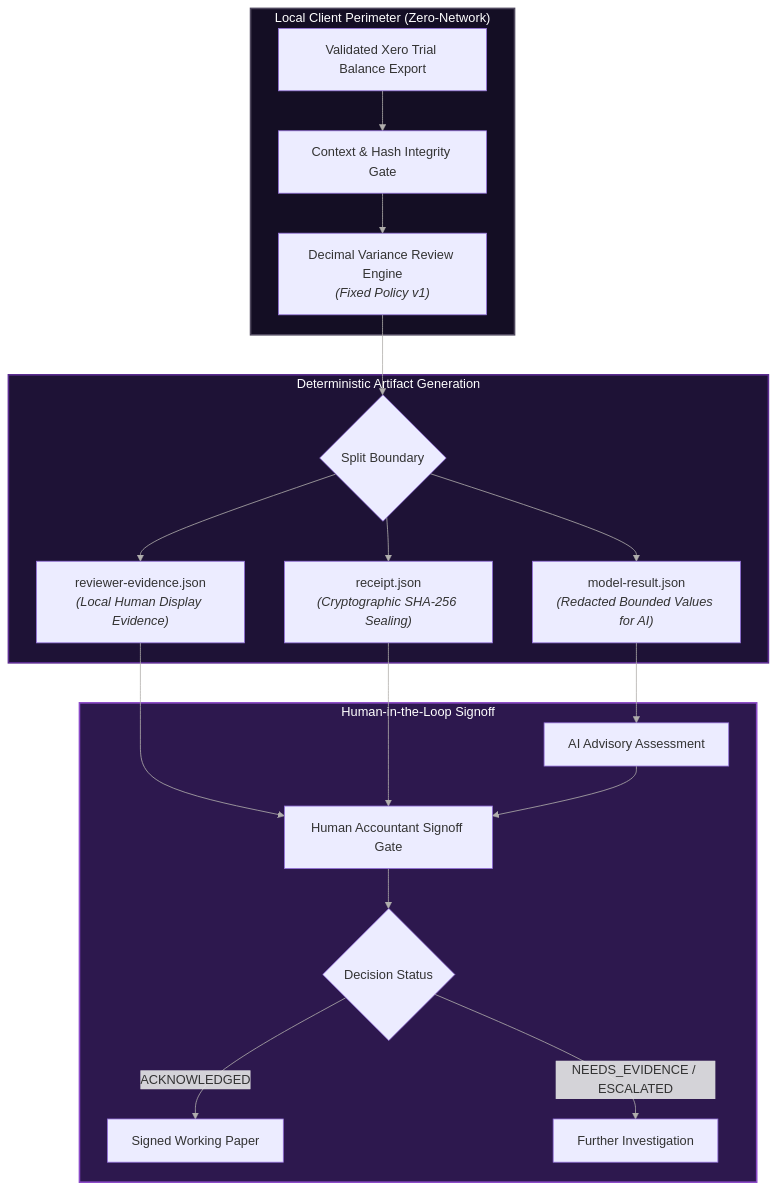
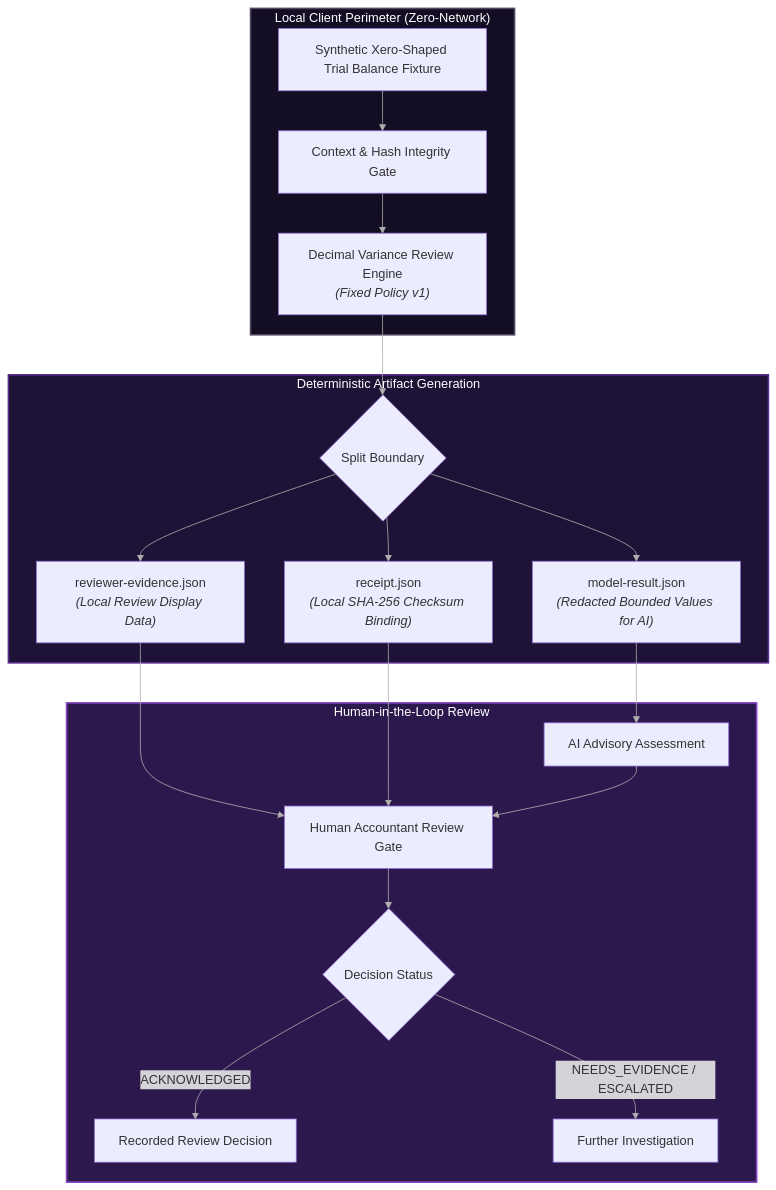
The diagram in README.md (ryanduguid/xero-ledger-review-gate), drawn with Mermaid before and after one commit. The commit also changed other lines of this file and 2 other files, not shown here.

Commit message:
docs: correct receipt assurance claims (#51)

````diff
--- a/README.md
+++ b/README.md
@@ -33,27 +41,27 @@
 ```mermaid
 %%{init: {"themeVariables": {"lineColor": "#B1AFAD"}}}%%
 flowchart TD
     subgraph ClientPerimeter ["Local Client Perimeter (Zero-Network)"]
-        Raw["Validated Xero Trial Balance Export"] --> Validate["Context & Hash Integrity Gate"]
+        Raw["Synthetic Xero-Shaped Trial Balance Fixture"] --> Validate["Context & Hash Integrity Gate"]
         Validate --> Engine["Decimal Variance Review Engine<br/><i>(Fixed Policy v1)</i>"]
     end
 
     subgraph ArtifactSplit ["Deterministic Artifact Generation"]
         Engine --> Split{"Split Boundary"}
         Split --> Model["model-result.json<br/><i>(Redacted Bounded Values for AI)</i>"]
-        Split --> Evidence["reviewer-evidence.json<br/><i>(Local Human Display Evidence)</i>"]
-        Split --> Receipt["receipt.json<br/><i>(Cryptographic SHA-256 Sealing)</i>"]
+        Split --> Evidence["reviewer-evidence.json<br/><i>(Local Review Display Data)</i>"]
+        Split --> Receipt["receipt.json<br/><i>(Local SHA-256 Checksum Binding)</i>"]
     end
 
-    subgraph Governance ["Human-in-the-Loop Signoff"]
+    subgraph Governance ["Human-in-the-Loop Review"]
         Model --> LLM["AI Advisory Assessment"]
-        Evidence & Receipt & LLM --> Reviewer["Human Accountant Signoff Gate"]
+        Evidence & Receipt & LLM --> Reviewer["Human Accountant Review Gate"]
         Reviewer --> Decision{"Decision Status"}
-        Decision -->|ACKNOWLEDGED| Done["Signed Working Paper"]
+        Decision -->|ACKNOWLEDGED| Done["Recorded Review Decision"]
         Decision -->|NEEDS_EVIDENCE / ESCALATED| Action["Further Investigation"]
     end
 
     style ClientPerimeter fill:#140E24,stroke:#4F485E,stroke-width:2px,color:#FFFFFF
     style ArtifactSplit fill:#1E1236,stroke:#5C2D91,stroke-width:2px,color:#FFFFFF
     style Governance fill:#2D184E,stroke:#8A4AC7,stroke-width:2px,color:#FFFFFF
 ```
````
